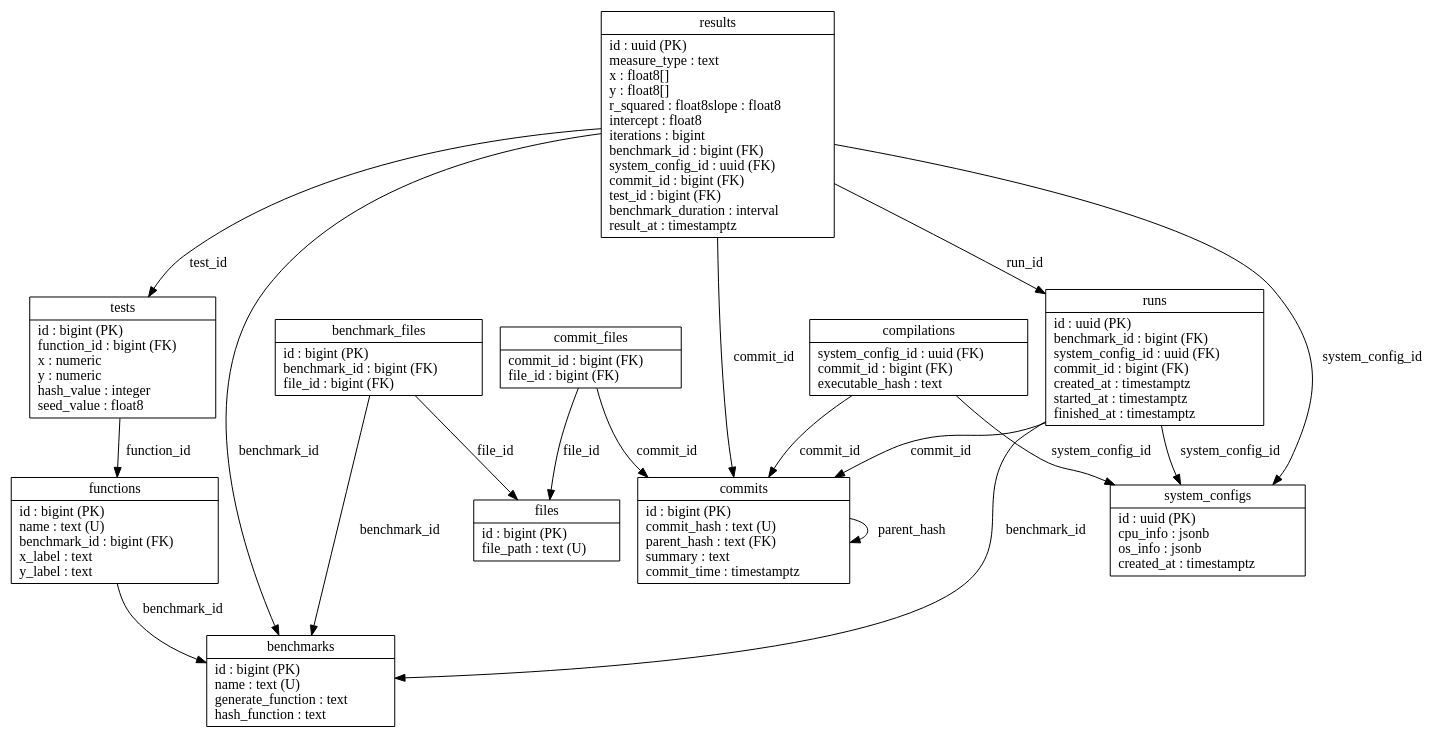
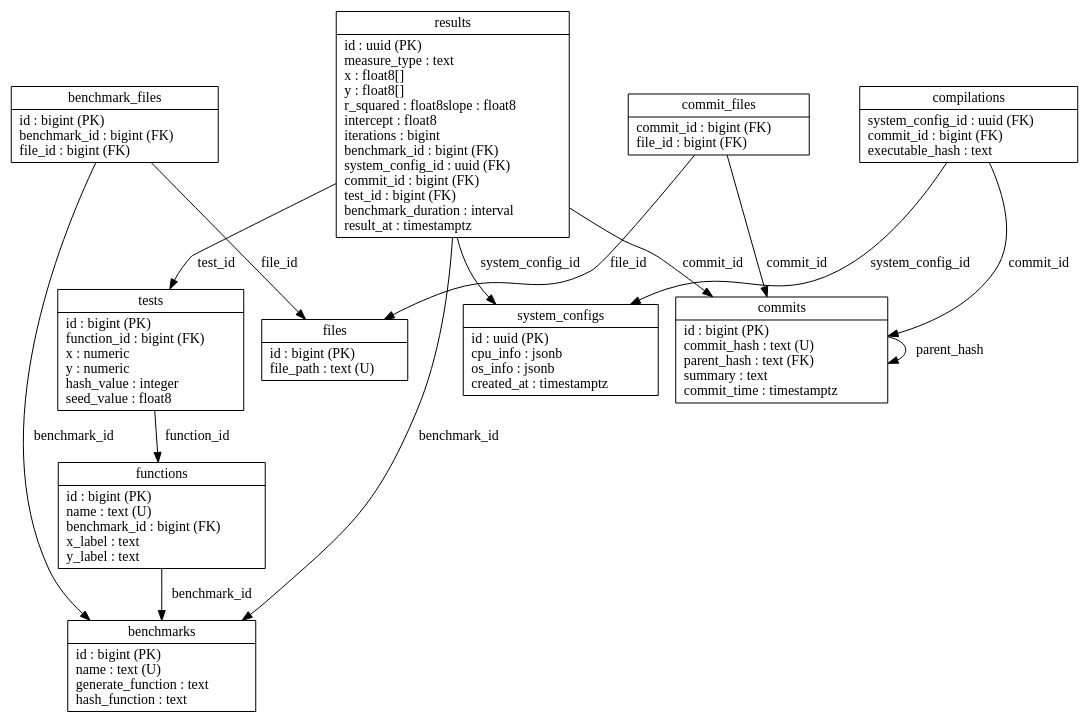
One commit to joelonsql/pg-catbench changed the diagram in docs/data-model.dot. Above: the diagram before and after it, drawn with Graphviz. The commit also changed 1 other file, not shown here.

Commit message:
Remove `runs` from Data Model and sort DOT alphabetically.
Forgot to remove `runs` from the Data Model when it was
removed in an earlier commit.

```diff
--- a/docs/data-model.dot
+++ b/docs/data-model.dot
@@ -1,34 +1,29 @@
 digraph pg_catbench {
     node [shape=record];
 
+    benchmark_files [label="{benchmark_files|id : bigint (PK)\lbenchmark_id : bigint (FK)\lfile_id : bigint (FK)\l}"];
     benchmarks [label="{benchmarks|id : bigint (PK)\lname : text (U)\lgenerate_function : text\lhash_function : text\l}"];
-    benchmark_files [label="{benchmark_files|id : bigint (PK)\lbenchmark_id : bigint (FK)\lfile_id : bigint (FK)\l}"];
+    commit_files [label="{commit_files|commit_id : bigint (FK)\lfile_id : bigint (FK)\l}"];
+    commits [label="{commits|id : bigint (PK)\lcommit_hash : text (U)\lparent_hash : text (FK)\lsummary : text\lcommit_time : timestamptz\l}"];
+    compilations [label="{compilations|system_config_id : uuid (FK)\lcommit_id : bigint (FK)\lexecutable_hash : text\l}"];
+    files [label="{files|id : bigint (PK)\lfile_path : text (U)\l}"];
     functions [label="{functions|id : bigint (PK)\lname : text (U)\lbenchmark_id : bigint (FK)\lx_label : text\ly_label : text\l}"];
+    results [label="{results|id : uuid (PK)\lmeasure_type : text\lx : float8[]\ly : float8[]\lr_squared : float8\slope : float8\lintercept : float8\literations : bigint\lbenchmark_id : bigint (FK)\lsystem_config_id : uuid (FK)\lcommit_id : bigint (FK)\ltest_id : bigint (FK)\lbenchmark_duration : interval\lresult_at : timestamptz\l}"];
     system_configs [label="{system_configs|id : uuid (PK)\lcpu_info : jsonb\los_info : jsonb\lcreated_at : timestamptz\l}"];
-    results [label="{results|id : uuid (PK)\lmeasure_type : text\lx : float8[]\ly : float8[]\lr_squared : float8\slope : float8\lintercept : float8\literations : bigint\lbenchmark_id : bigint (FK)\lsystem_config_id : uuid (FK)\lcommit_id : bigint (FK)\ltest_id : bigint (FK)\lbenchmark_duration : interval\lresult_at : timestamptz\l}"];
-    runs [label="{runs|id : uuid (PK)\lbenchmark_id : bigint (FK)\lsystem_config_id : uuid (FK)\lcommit_id : bigint (FK)\lcreated_at : timestamptz\lstarted_at : timestamptz\lfinished_at : timestamptz\l}"];
     tests [label="{tests|id : bigint (PK)\lfunction_id : bigint (FK)\lx : numeric\ly : numeric\lhash_value : integer\lseed_value : float8\l}"];
-    commits [label="{commits|id : bigint (PK)\lcommit_hash : text (U)\lparent_hash : text (FK)\lsummary : text\lcommit_time : timestamptz\l}"];
-    files [label="{files|id : bigint (PK)\lfile_path : text (U)\l}"];
-    commit_files [label="{commit_files|commit_id : bigint (FK)\lfile_id : bigint (FK)\l}"];
-    compilations [label="{compilations|system_config_id : uuid (FK)\lcommit_id : bigint (FK)\lexecutable_hash : text\l}"];
 
     // Relationships
     benchmark_files -> benchmarks [label="benchmark_id"];
     benchmark_files -> files [label="file_id"];
-    functions -> benchmarks [label="benchmark_id"];
-    results -> runs [label="run_id"];
-    results -> tests [label="test_id"];
-    results -> benchmarks [label="benchmark_id"];
-    results -> system_configs [label="system_config_id"];
-    results -> commits [label="commit_id"];
-    runs -> benchmarks [label="benchmark_id"];
-    runs -> system_configs [label="system_config_id"];
-    runs -> commits [label="commit_id"];
-    tests -> functions [label="function_id"];
     commit_files -> commits [label="commit_id"];
     commit_files -> files [label="file_id"];
     commits -> commits [label="parent_hash"];
     compilations -> system_configs [label="system_config_id"];
     compilations -> commits [label="commit_id"];
+    functions -> benchmarks [label="benchmark_id"];
+    results -> tests [label="test_id"];
+    results -> benchmarks [label="benchmark_id"];
+    results -> system_configs [label="system_config_id"];
+    results -> commits [label="commit_id"];
+    tests -> functions [label="function_id"];
 }
```
